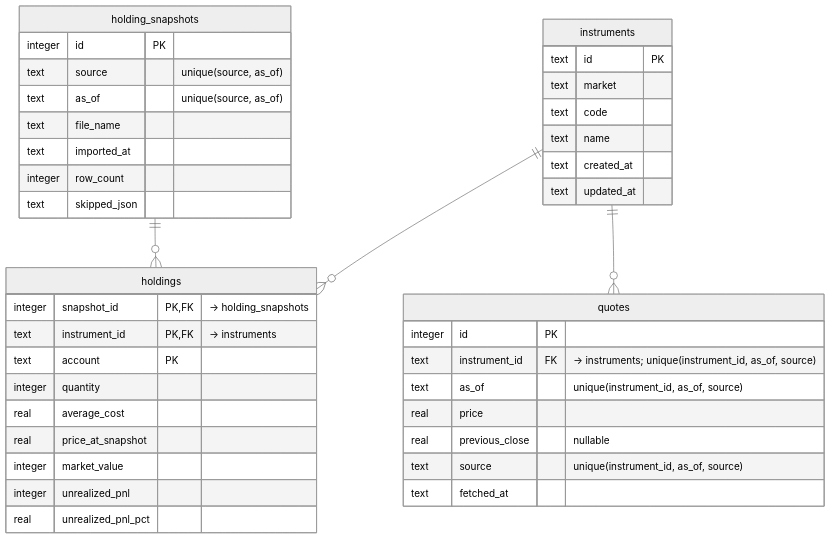
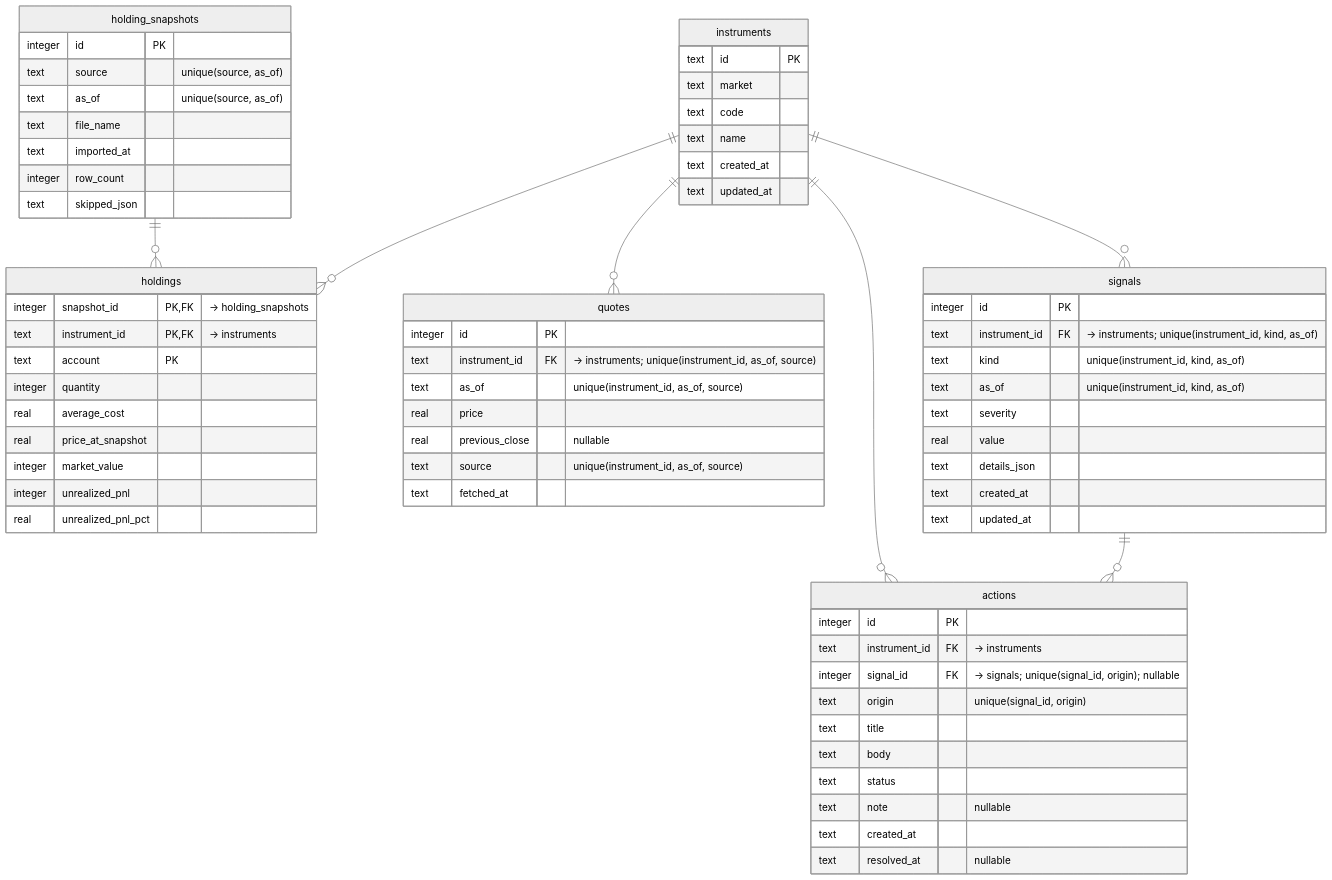
One commit to itinao/trading-tools changed the diagram in docs/schema.md. Above: the diagram before and after it, drawn with Mermaid (neutral theme). The commit also changed other lines of this file and 7 other files, not shown here.

First line of the commit message:
Add signals and actions tables (0005 §3.2)

````diff
--- a/docs/schema.md
+++ b/docs/schema.md
@@ -13,43 +15,69 @@
 ```mermaid
 erDiagram
+    actions {
+        integer id PK
+        text instrument_id FK "-> instruments"
+        integer signal_id FK "-> signals; unique(signal_id, origin); nullable"
+        text origin "unique(signal_id, origin)"
+        text title
+        text body
+        text status
+        text note "nullable"
+        text created_at
+        text resolved_at "nullable"
+    }
     holding_snapshots {
         integer id PK
         text source "unique(source, as_of)"
         text as_of "unique(source, as_of)"
         text file_name
         text imported_at
         integer row_count
         text skipped_json
     }
     holdings {
         integer snapshot_id PK,FK "-> holding_snapshots"
         text instrument_id PK,FK "-> instruments"
         text account PK
         integer quantity
         real average_cost
         real price_at_snapshot
         integer market_value
         integer unrealized_pnl
         real unrealized_pnl_pct
     }
     instruments {
         text id PK
         text market
         text code
         text name
         text created_at
         text updated_at
     }
     quotes {
         integer id PK
         text instrument_id FK "-> instruments; unique(instrument_id, as_of, source)"
         text as_of "unique(instrument_id, as_of, source)"
         real price
         real previous_close "nullable"
         text source "unique(instrument_id, as_of, source)"
         text fetched_at
     }
+    signals {
+        integer id PK
+        text instrument_id FK "-> instruments; unique(instrument_id, kind, as_of)"
+        text kind "unique(instrument_id, kind, as_of)"
+        text as_of "unique(instrument_id, kind, as_of)"
+        text severity
+        real value
+        text details_json
+        text created_at
+        text updated_at
+    }
     holding_snapshots ||--o{ holdings : ""
+    instruments ||--o{ actions : ""
     instruments ||--o{ holdings : ""
     instruments ||--o{ quotes : ""
+    instruments ||--o{ signals : ""
+    signals ||--o{ actions : ""
 ```
````
